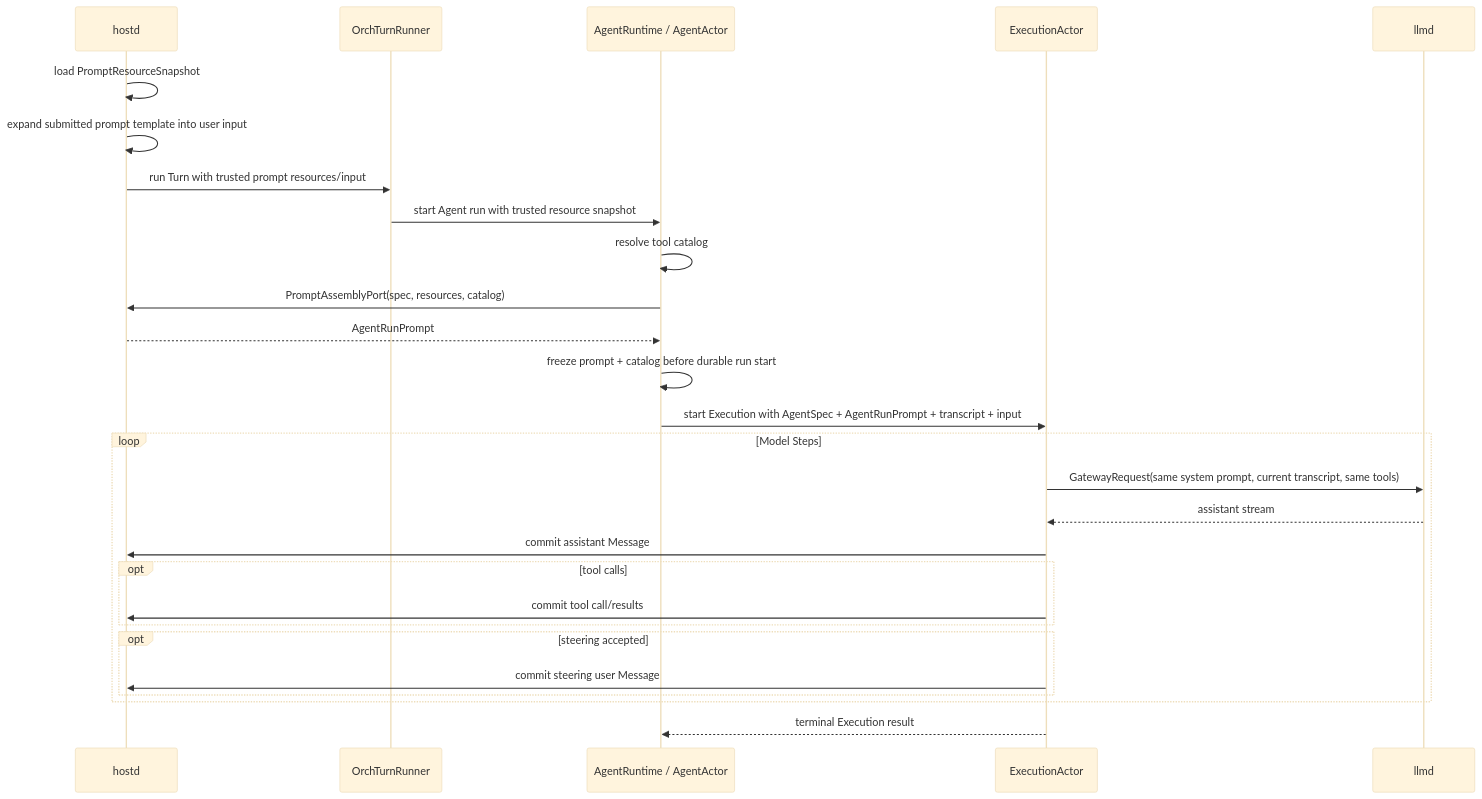
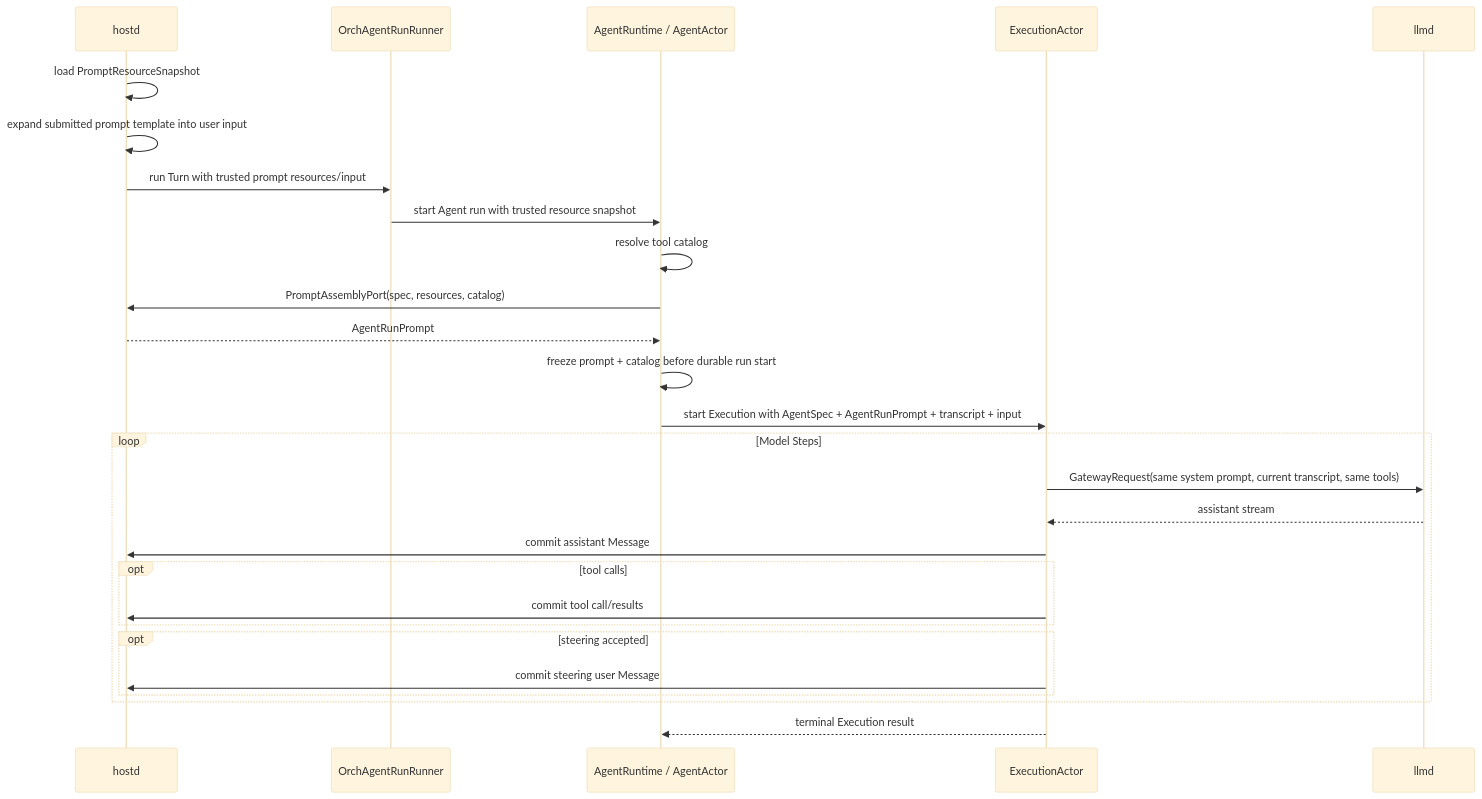
One commit to biuld/piko changed the diagram in docs/agent-prompt-assembly-design.md. Above: the diagram before and after it, drawn with Mermaid (base theme). The commit also changed 70 other files, not shown here.

First line of the commit message:
feat(hostd/tui): unify hostd Turn model and Agent run API

````diff
--- a/docs/agent-prompt-assembly-design.md
+++ b/docs/agent-prompt-assembly-design.md
@@ -223,32 +223,32 @@
 ```mermaid
 sequenceDiagram
     participant H as hostd
-    participant R as OrchTurnRunner
+    participant R as OrchAgentRunRunner
     participant A as AgentRuntime / AgentActor
     participant E as ExecutionActor
     participant L as llmd
 
     H->>H: load PromptResourceSnapshot
     H->>H: expand submitted prompt template into user input
     H->>R: run Turn with trusted prompt resources/input
     R->>A: start Agent run with trusted resource snapshot
     A->>A: resolve tool catalog
     A->>H: PromptAssemblyPort(spec, resources, catalog)
     H-->>A: AgentRunPrompt
     A->>A: freeze prompt + catalog before durable run start
     A->>E: start Execution with AgentSpec + AgentRunPrompt + transcript + input
 
     loop Model Steps
         E->>L: GatewayRequest(same system prompt, current transcript, same tools)
         L-->>E: assistant stream
         E->>H: commit assistant Message
         opt tool calls
             E->>H: commit tool call/results
         end
         opt steering accepted
             E->>H: commit steering user Message
         end
     end
 
     E-->>A: terminal Execution result
 ```
````
